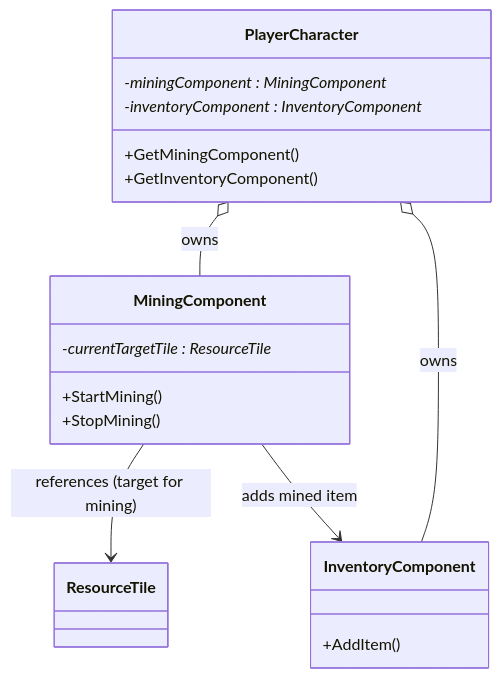
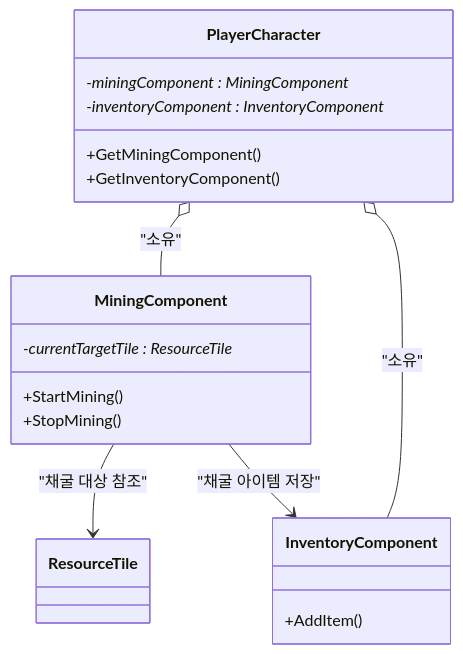
The first of 3 diagrams in README.md (WJMcode/MBFactorio), drawn with Mermaid before and after one commit.

````diff
--- a/README.md
+++ b/README.md
@@ -1,23 +1,23 @@
 ```mermaid
 classDiagram
 class PlayerCharacter {
     -miningComponent : MiningComponent*
     -inventoryComponent : InventoryComponent*
     +GetMiningComponent()
     +GetInventoryComponent()
 }
 class MiningComponent {
     -currentTargetTile : ResourceTile*
     +StartMining()
     +StopMining()
 }
 class ResourceTile
 class InventoryComponent {
     +AddItem()
 }
 
-PlayerCharacter o-- MiningComponent : owns
-PlayerCharacter o-- InventoryComponent : owns
-MiningComponent --> ResourceTile : references (target for mining)
-MiningComponent --> InventoryComponent : adds mined item
+PlayerCharacter o-- MiningComponent : "소유"
+PlayerCharacter o-- InventoryComponent : "소유"
+MiningComponent --> ResourceTile : "채굴 대상 참조"
+MiningComponent --> InventoryComponent : "채굴 아이템 저장"
 ```
````
